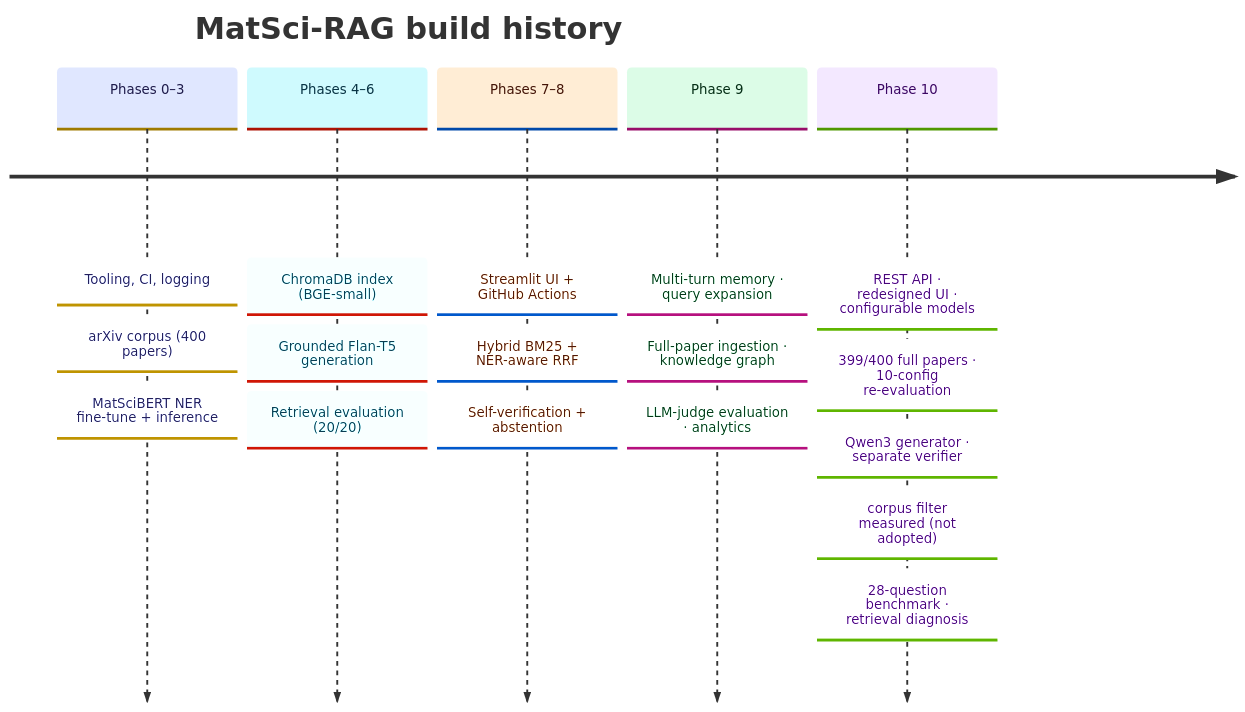
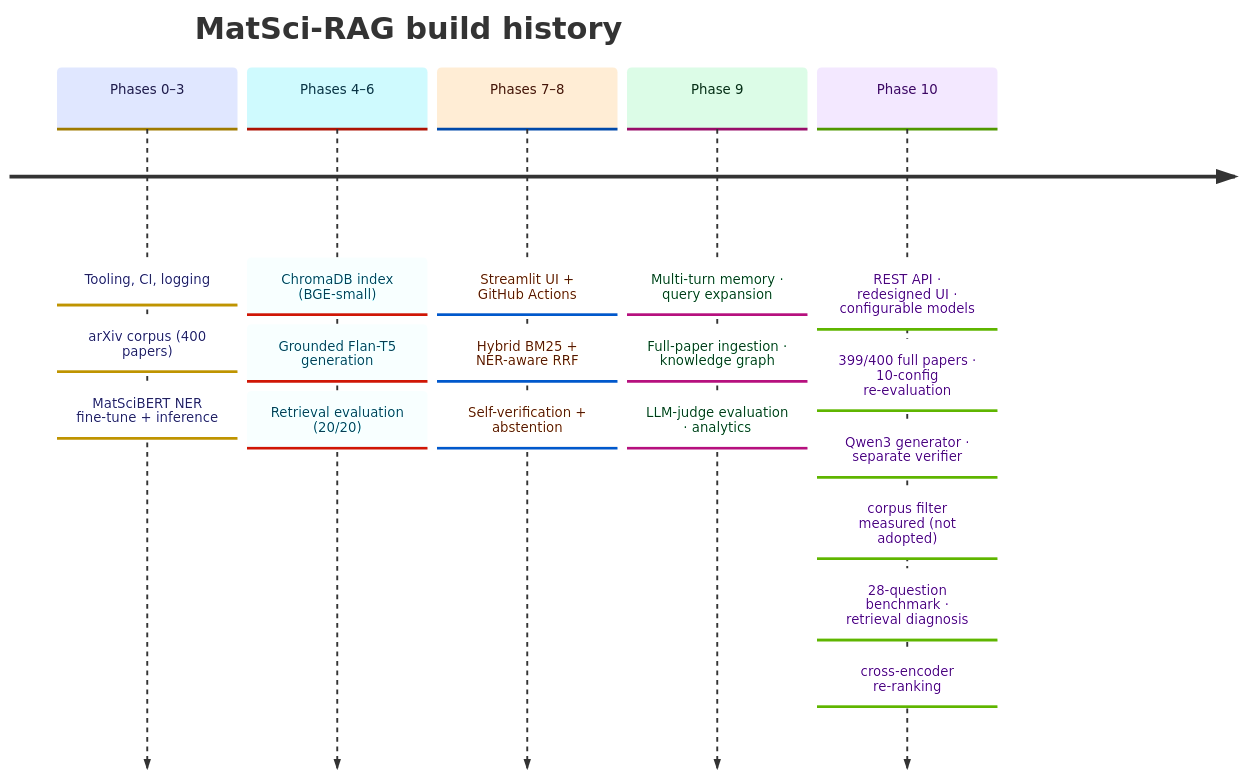
One commit to Mahakisore7/MatSci-RAG changed the sixth of 6 diagrams in README.md. Above: the diagram before and after it, drawn with Mermaid. The commit also changed other lines of this file and 15 other files, not shown here.

First line of the commit message:
feat(rag): cross-encoder re-ranking after hybrid retrieval (ADR-019)

````diff
--- a/README.md
+++ b/README.md
@@ -478,22 +490,23 @@
 ```mermaid
 %%{init: {"theme": "base", "themeVariables": {"fontSize": "14px", "cScale0": "#e0e7ff", "cScaleLabel0": "#1e1b4b", "cScale1": "#cffafe", "cScaleLabel1": "#083344", "cScale2": "#ffedd5", "cScaleLabel2": "#431407", "cScale3": "#dcfce7", "cScaleLabel3": "#052e16", "cScale4": "#f3e8ff", "cScaleLabel4": "#3b0764"}}}%%
 timeline
     title MatSci-RAG build history
     Phases 0–3 : Tooling, CI, logging
                : arXiv corpus (400 papers)
                : MatSciBERT NER fine-tune + inference
     Phases 4–6 : ChromaDB index (BGE-small)
                : Grounded Flan-T5 generation
                : Retrieval evaluation (20/20)
     Phases 7–8 : Streamlit UI + GitHub Actions
                : Hybrid BM25 + NER-aware RRF
                : Self-verification + abstention
     Phase 9    : Multi-turn memory · query expansion
                : Full-paper ingestion · knowledge graph
                : LLM-judge evaluation · analytics
     Phase 10   : REST API · redesigned UI · configurable models
                : 399/400 full papers · 10-config re-evaluation
                : Qwen3 generator · separate verifier
                : corpus filter measured (not adopted)
                : 28-question benchmark · retrieval diagnosis
+               : cross-encoder re-ranking
 ```
````
